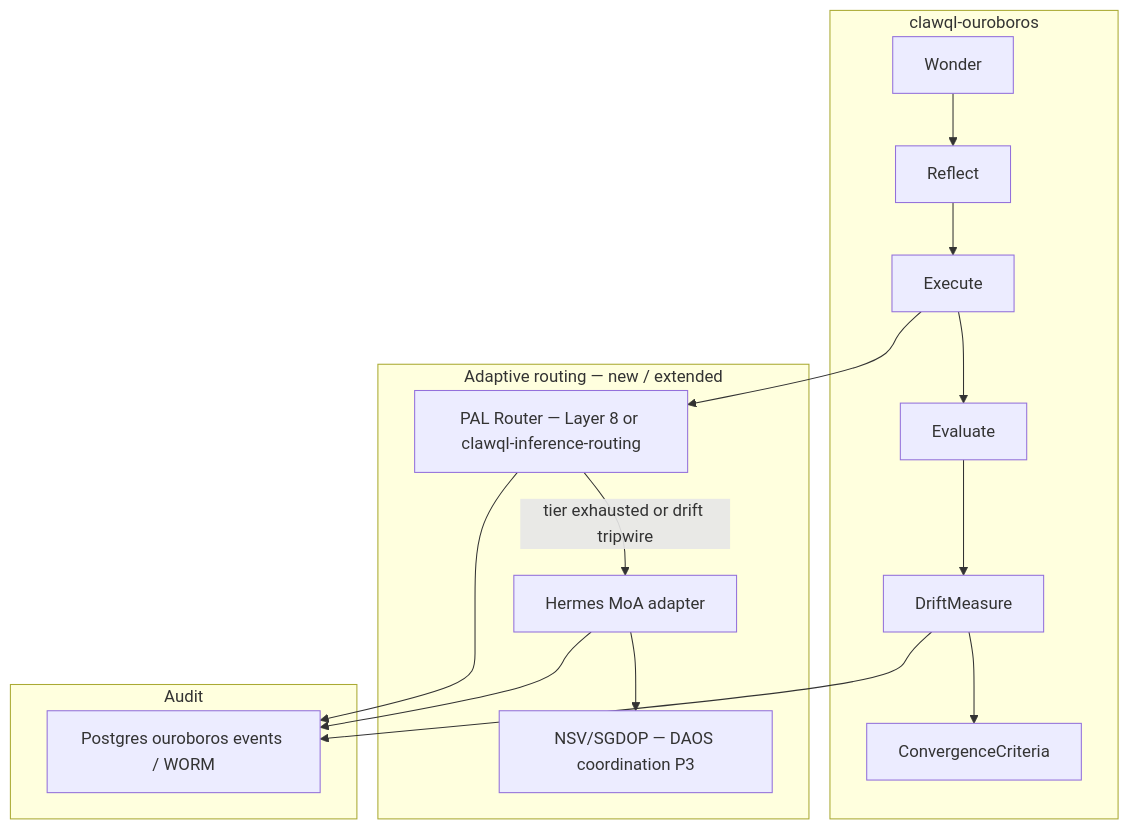
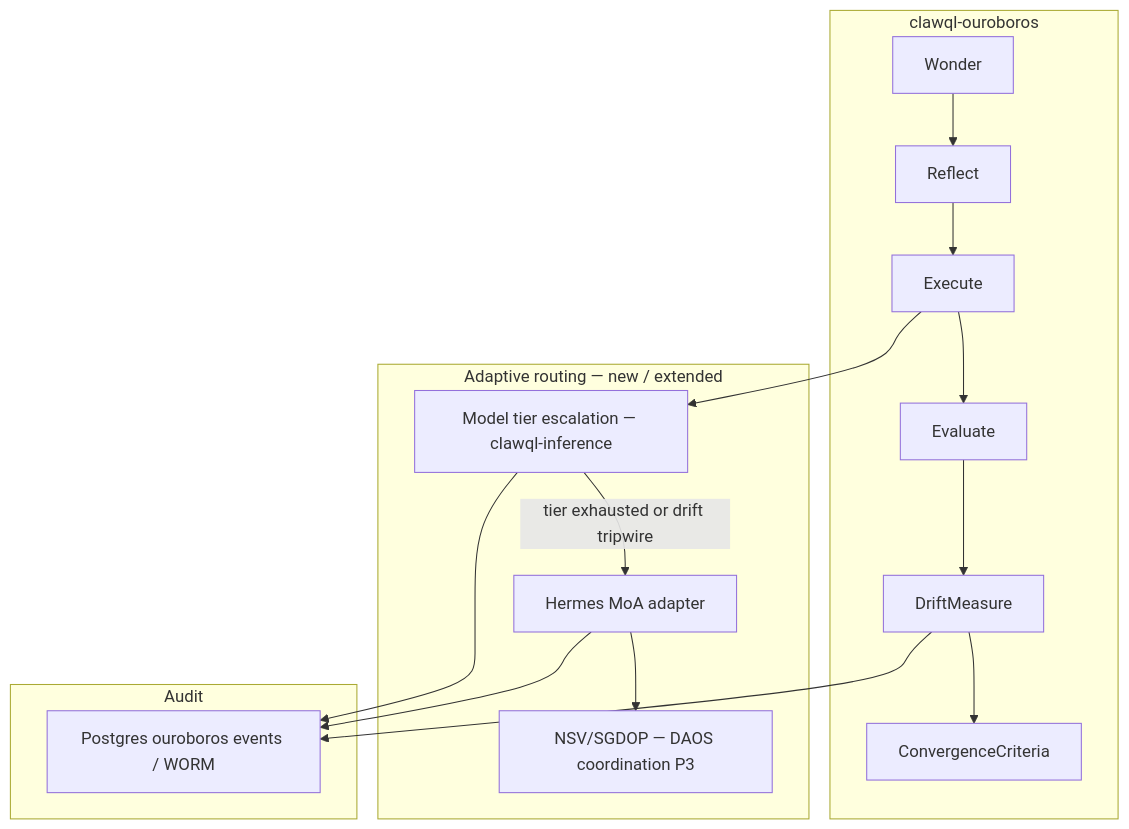
One commit to danielsmithdevelopment/ClawQL changed the diagram in docs/ouroboros/upstream-q00-sync-roadmap.md. Above: the diagram before and after it, drawn with Mermaid. The commit also changed other lines of this file and 14 other files, not shown here.

First line of the commit message:
refactor(inference): rename PAL/Layer 8 to model tier escalation

````diff
--- a/docs/ouroboros/upstream-q00-sync-roadmap.md
+++ b/docs/ouroboros/upstream-q00-sync-roadmap.md
@@ -41,25 +41,25 @@
 ```mermaid
 flowchart TB
   subgraph loop ["clawql-ouroboros"]
     W[Wonder] --> R[Reflect] --> E[Execute] --> EV[Evaluate]
     EV --> D[DriftMeasure]
     D --> C[ConvergenceCriteria]
   end
 
   subgraph routing ["Adaptive routing — new / extended"]
-    PAL[PAL Router — Layer 8 or clawql-inference-routing]
+    ESC[Model tier escalation — clawql-inference]
     MOA[Hermes MoA adapter]
     NSV[NSV/SGDOP — DAOS coordination P3]
   end
 
   subgraph audit ["Audit"]
     ES[Postgres ouroboros events / WORM]
   end
 
-  E --> PAL
-  PAL -->|tier exhausted or drift tripwire| MOA
+  E --> ESC
+  ESC -->|tier exhausted or drift tripwire| MOA
   MOA --> NSV
-  PAL --> ES
+  ESC --> ES
   MOA --> ES
   D --> ES
 ```
````
